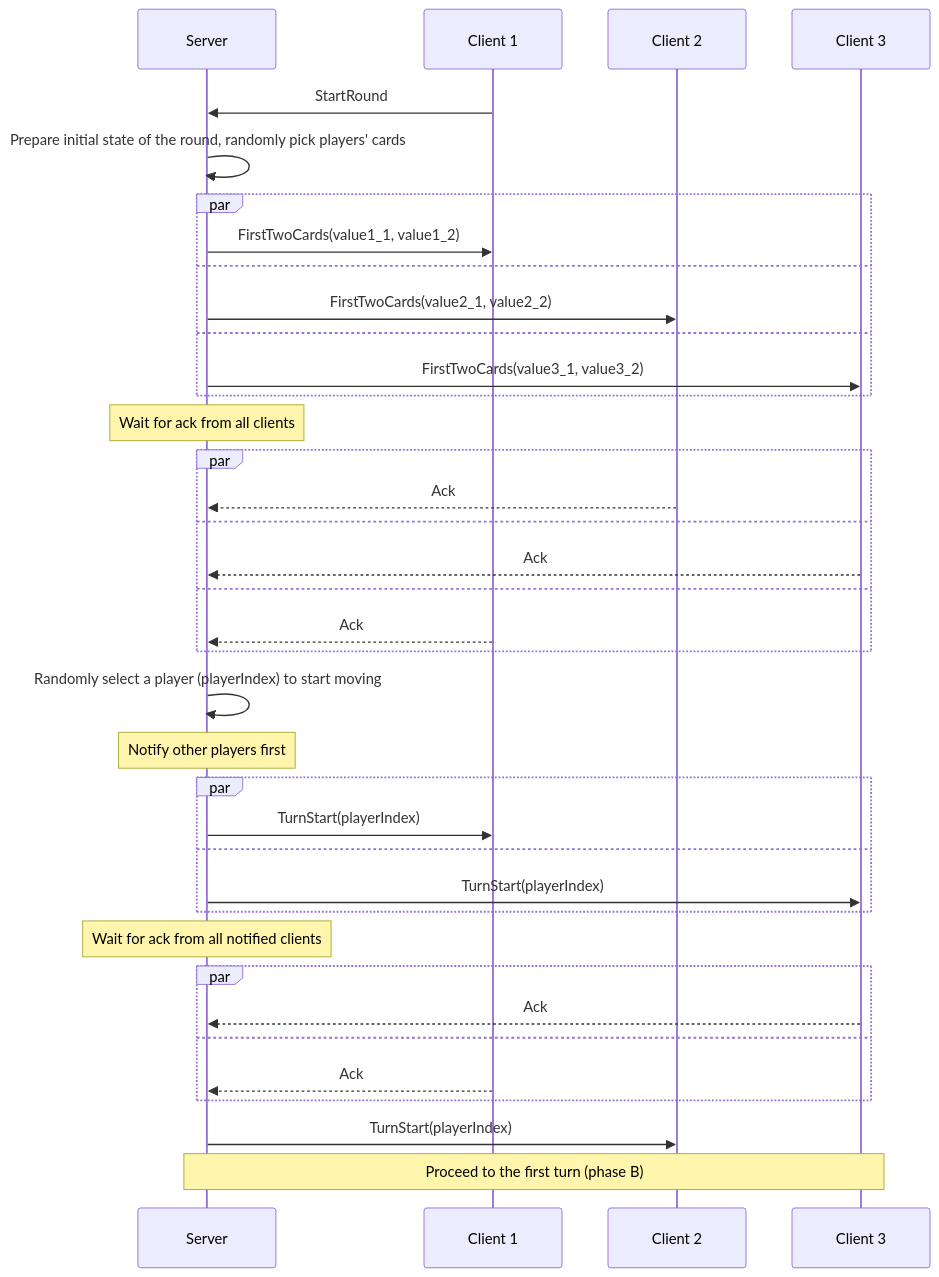
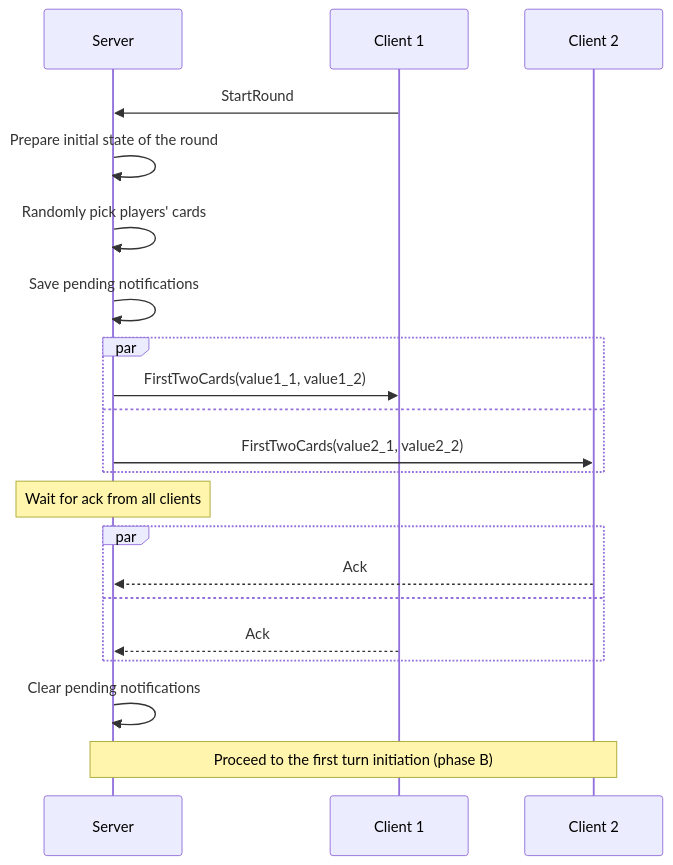
Before and after one commit to roman-zubarevich/another: the first of 14 diagrams in README.md, drawn with Mermaid. The commit also changed other lines of this file, not shown here.

````diff
--- a/README.md
+++ b/README.md
@@ -9,39 +10,23 @@
 ```mermaid
 sequenceDiagram
     participant S as Server
     participant C1 as Client 1
     participant C2 as Client 2
-    participant C3 as Client 3
     C1->>S: StartRound
-    S->>S: Prepare initial state of the round, randomly pick players' cards
+    S->>S: Prepare initial state of the round
+    S->>S: Randomly pick players' cards
+    S->>S: Save pending notifications
     par
         S->>C1: FirstTwoCards(value1_1, value1_2)
     and
         S->>C2: FirstTwoCards(value2_1, value2_2)
-    and
-        S->>C3: FirstTwoCards(value3_1, value3_2)
     end
     Note over S: Wait for ack from all clients
     par
         C2-->>S: Ack
     and
-        C3-->>S: Ack
-    and
         C1-->>S: Ack
     end
-    S->>S: Randomly select a player (playerIndex) to start moving
-    Note over S: Notify other players first
-    par
-        S->>C1: TurnStart(playerIndex)
-    and
-        S->>C3: TurnStart(playerIndex)
-    end
-    Note over S: Wait for ack from all notified clients
-    par
-        C3-->>S: Ack
-    and
-        C1-->>S: Ack
-    end
-    S->>C2: TurnStart(playerIndex)
-    Note over S,C3: Proceed to the first turn (phase B)
+    S->>S: Clear pending notifications
+    Note over S,C2: Proceed to the first turn initiation (phase B)
 ```
````
